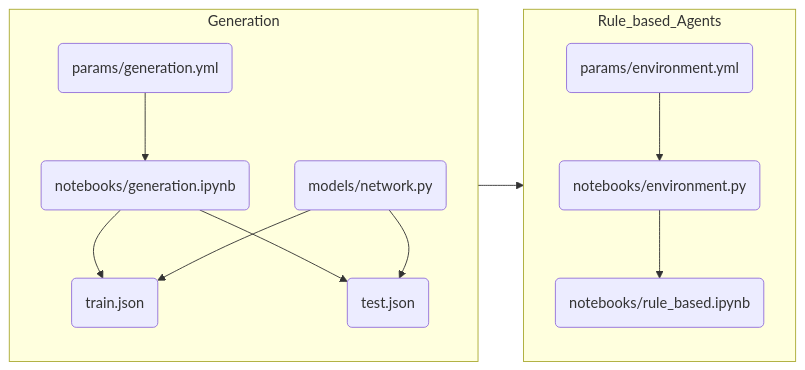
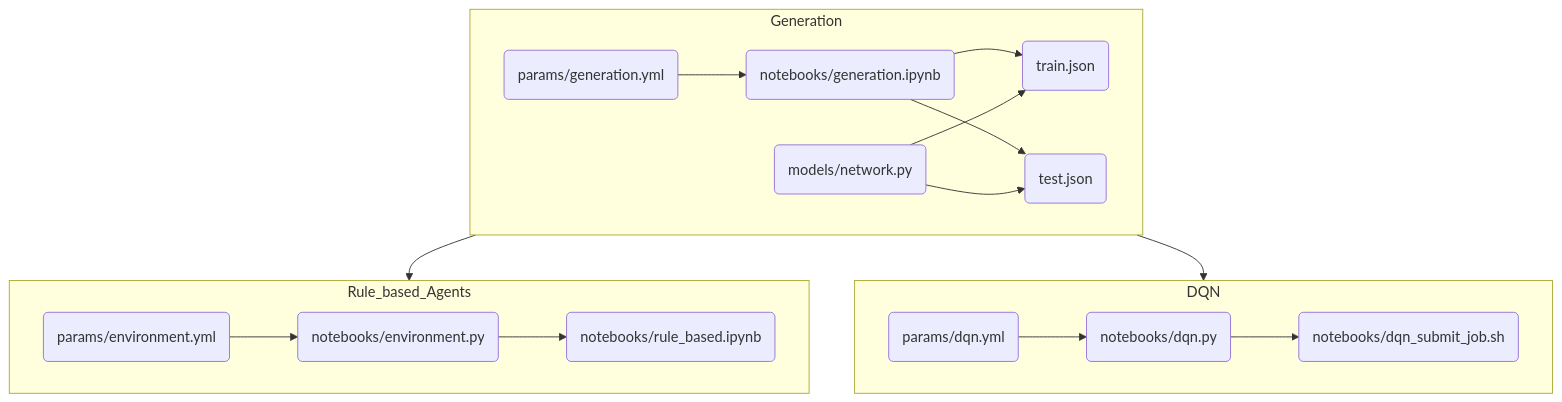
One commit to LBrinkmann/reward-network-iii-algorithm changed the diagram in README.md. Above: the diagram before and after it, drawn with Mermaid. The commit also changed other lines of this file, not shown here.

````diff
--- a/README.md
+++ b/README.md
@@ -26,20 +29,27 @@
 ```mermaid
 
-flowchart LR
+flowchart TD
 
 subgraph Generation
 A(params/generation.yml) --> B(notebooks/generation.ipynb)
 B(notebooks/generation.ipynb) --> C(train.json)
 B(notebooks/generation.ipynb) --> X(test.json)
 W(models/network.py) --> C(train.json)
 W(models/network.py) --> X(test.json)
 end
 
 subgraph Rule_based_Agents
 D(params/environment.yml) --> E(notebooks/environment.py) 
 E(notebooks/environment.py) --> F(notebooks/rule_based.ipynb)
 end
 
+subgraph DQN
+G(params/dqn.yml) --> H(notebooks/dqn.py)
+H(notebooks/dqn.py) --> I(notebooks/dqn_submit_job.sh)
+end
+
+
 Generation --> Rule_based_Agents
+Generation --> DQN
 
 ```
````
